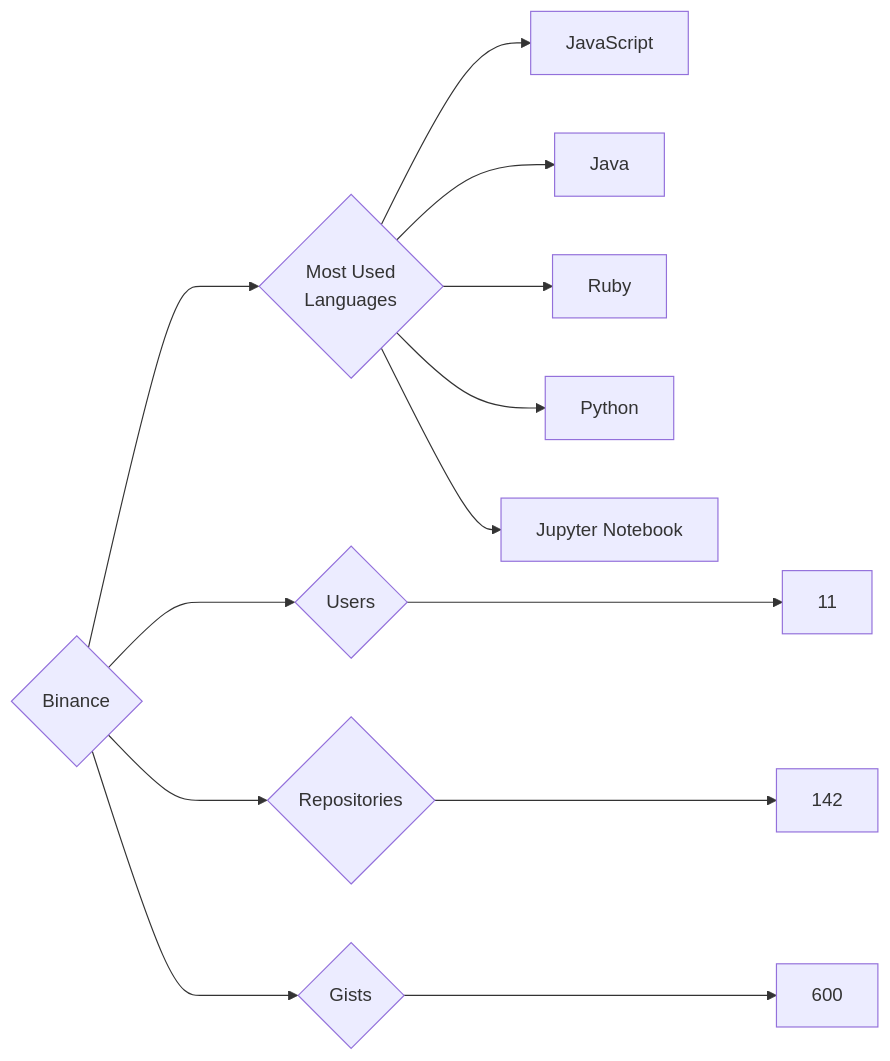
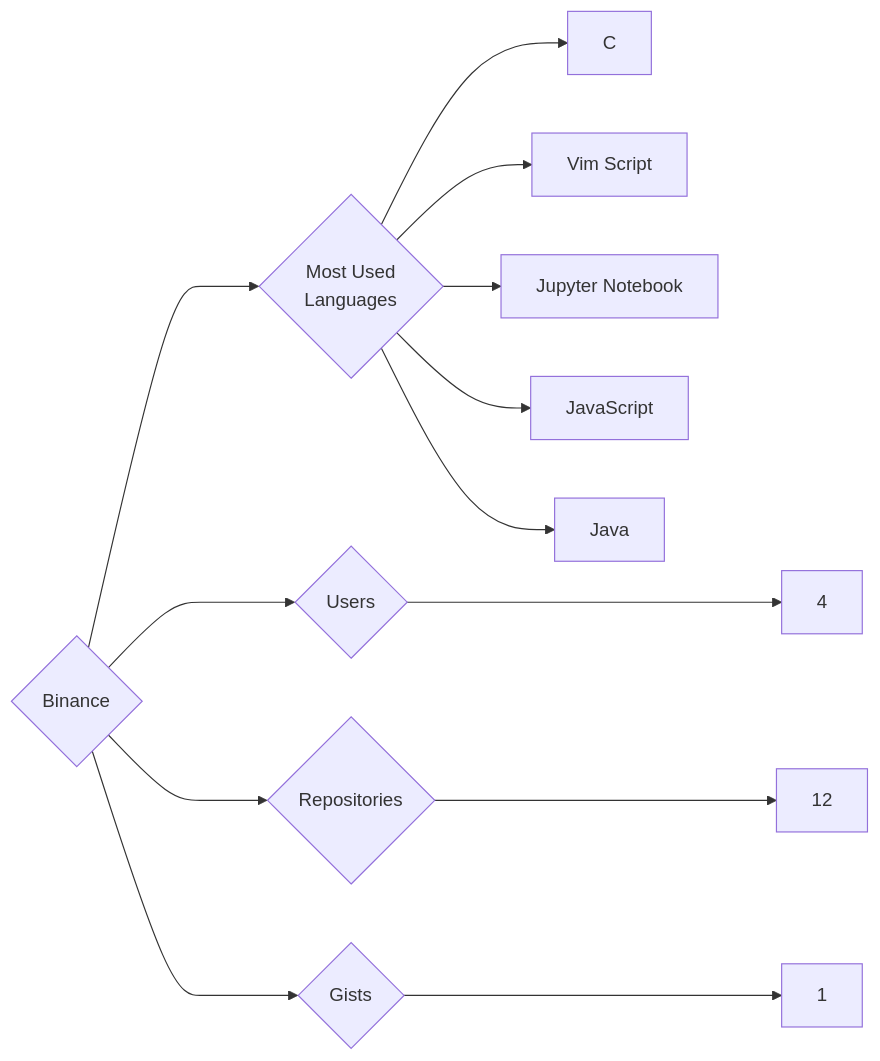
Before and after one commit to trickest/insiders: the diagram in targets/Binance/README.md, drawn with Mermaid. The commit also changed 1195 other files, not shown here.

````diff
--- a/targets/Binance/README.md
+++ b/targets/Binance/README.md
@@ -3,13 +3,13 @@
 ```mermaid
 graph LR
 COMPANY_NAME{Binance}
-COMPANY_NAME ---> U{Users} ---> UN[11]
-COMPANY_NAME ---> R{Repositories} ---> RN[142]
-COMPANY_NAME ---> G{Gists} ---> GN[600]
+COMPANY_NAME ---> U{Users} ---> UN[4]
+COMPANY_NAME ---> R{Repositories} ---> RN[12]
+COMPANY_NAME ---> G{Gists} ---> GN[1]
 COMPANY_NAME ---> ML{Most Used<br>Languages}
+ML --> C[C]
+ML --> Vim_Script[Vim Script]
+ML --> Jupyter_Notebook[Jupyter Notebook]
 ML --> JavaScript[JavaScript]
 ML --> Java[Java]
-ML --> Ruby[Ruby]
-ML --> Python[Python]
-ML --> Jupyter_Notebook[Jupyter Notebook]
 ```
````
